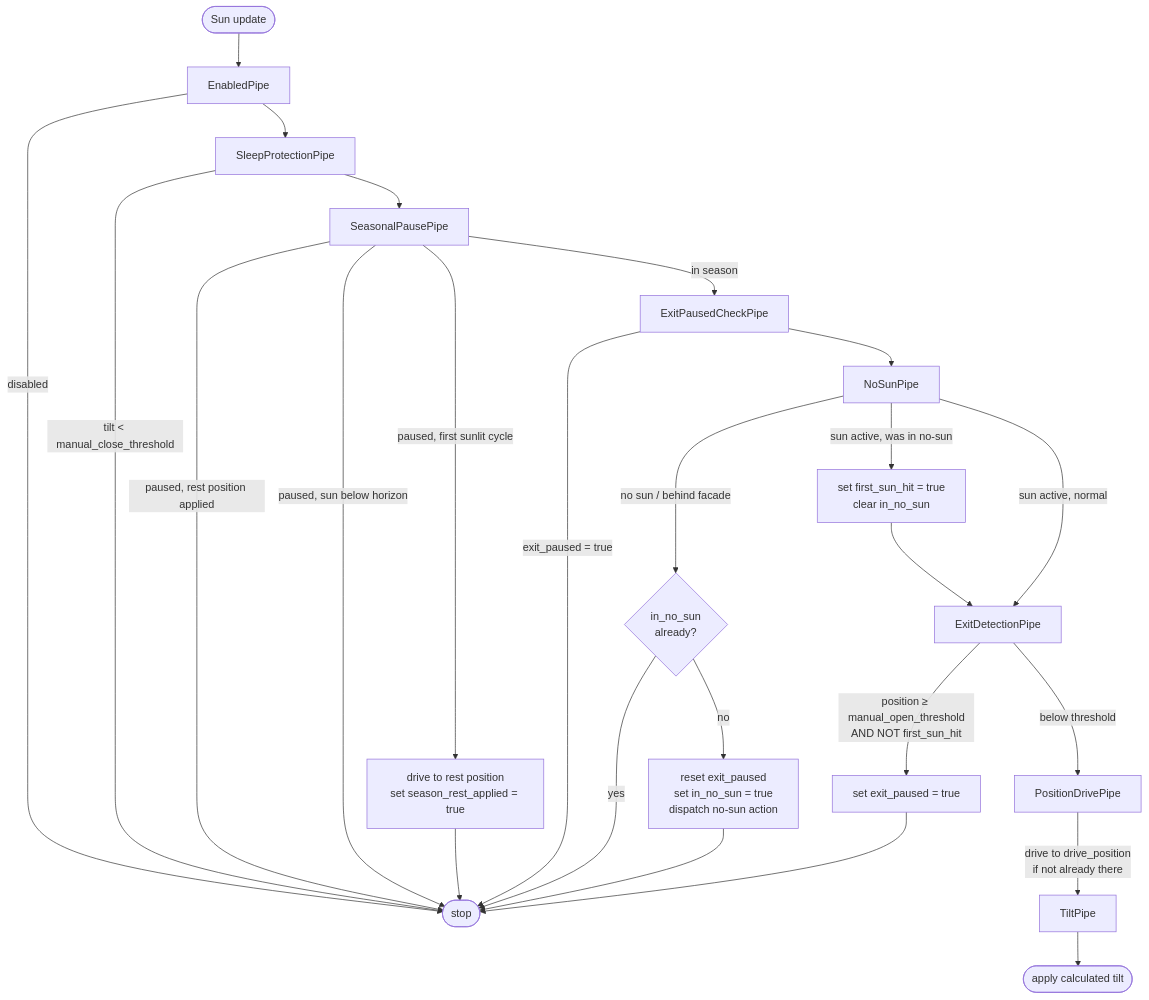
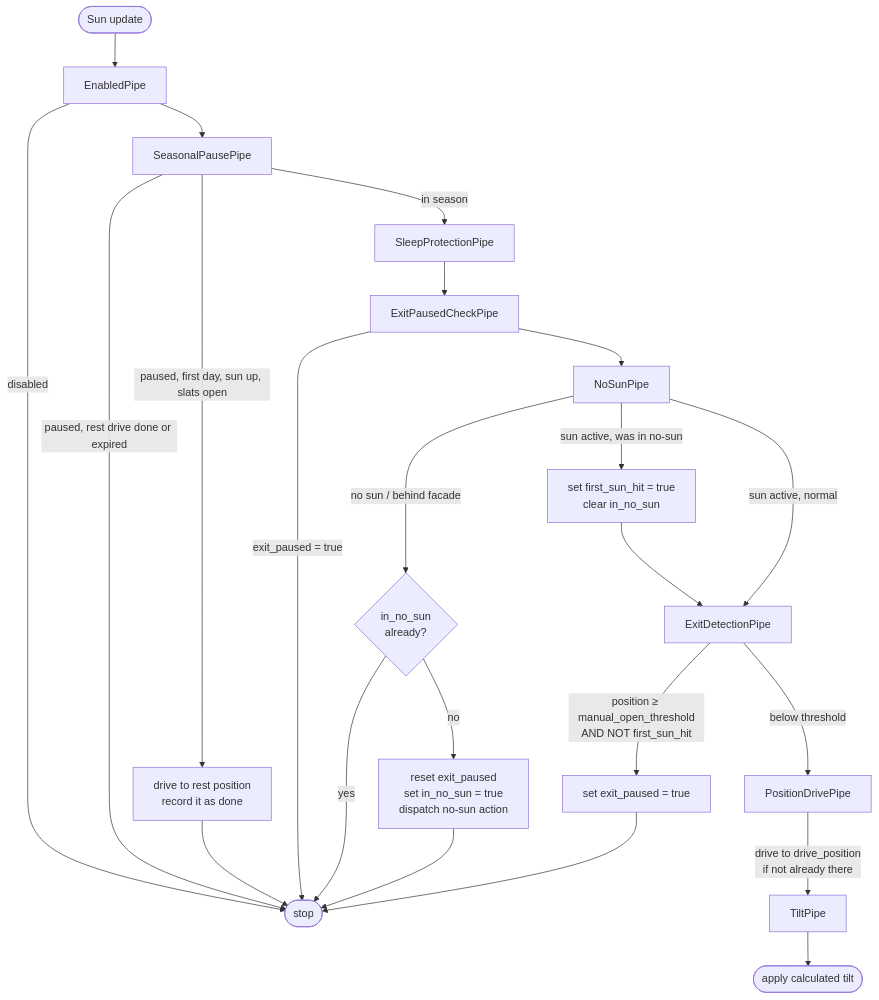
Before and after one commit to herpaderpaldent/ha-smart-venetian-blinds: the diagram in docs/development/ARCHITECTURE.md, drawn with Mermaid. The commit also changed other lines of this file and 33 other files, not shown here.

First line of the commit message:
fix: address review findings on the seasonal pause

````diff
--- a/docs/development/ARCHITECTURE.md
+++ b/docs/development/ARCHITECTURE.md
@@ -125,29 +125,27 @@
 ```mermaid
 flowchart TD
     A([Sun update]) --> B[EnabledPipe]
     B -->|disabled| Z([stop])
-    B --> C[SleepProtectionPipe]
-    C -->|tilt &lt; manual_close_threshold| Z
-    C --> S[SeasonalPausePipe]
-    S -->|"paused, rest position applied"| Z
-    S -->|"paused, sun below horizon"| Z
-    S -->|"paused, first sunlit cycle"| S1["drive to rest position<br/>set season_rest_applied = true"]
+    B --> S[SeasonalPausePipe]
+    S -->|"paused, rest drive done or expired"| Z
+    S -->|"paused, first day, sun up, slats open"| S1["drive to rest position<br/>record it as done"]
     S1 --> Z
-    S -->|in season| D[ExitPausedCheckPipe]
+    S -->|in season| C[SleepProtectionPipe]
+    C --> D[ExitPausedCheckPipe]
     D -->|exit_paused = true| Z
     D --> E[NoSunPipe]
 
     E -->|sun active, was in no-sun| E1["set first_sun_hit = true<br/>clear in_no_sun"]
     E1 --> F
     E -->|sun active, normal| F[ExitDetectionPipe]
     E -->|no sun / behind facade| E2{"in_no_sun<br/>already?"}
     E2 -->|yes| Z
     E2 -->|no| E3["reset exit_paused<br/>set in_no_sun = true<br/>dispatch no-sun action"]
     E3 --> Z
 
     F -->|"position ≥ manual_open_threshold<br/>AND NOT first_sun_hit"| F1[set exit_paused = true]
     F1 --> Z
     F -->|below threshold| G[PositionDrivePipe]
     G -->|"drive to drive_position<br/>if not already there"| H[TiltPipe]
     H --> I([apply calculated tilt])
 ```
````
